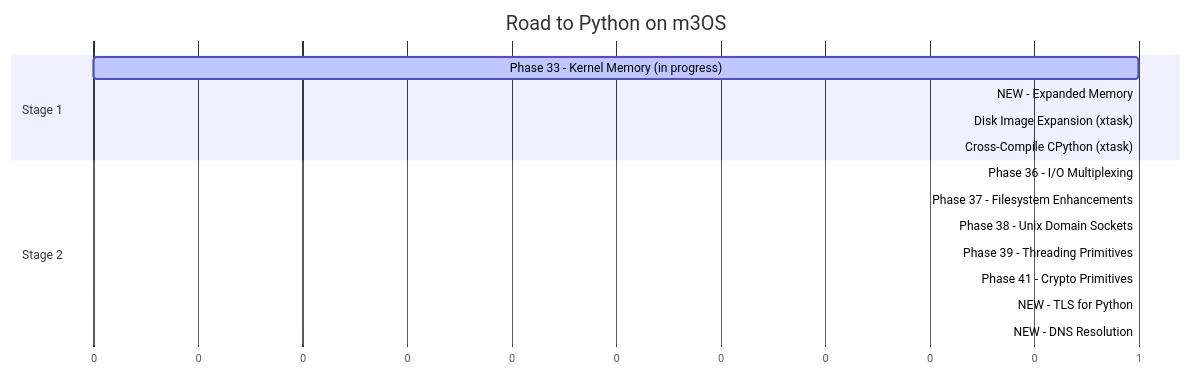
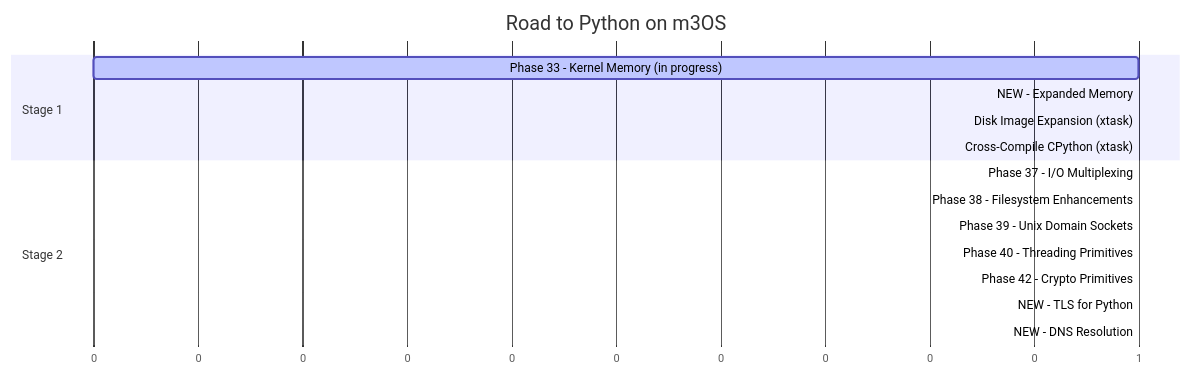
One commit to mikecubed/m3OS changed the fifth of 5 diagrams in docs/python-roadmap.md. Above: the diagram before and after it, drawn with Mermaid. The commit also changed other lines of this file and 34 other files, not shown here.

````diff
--- a/docs/python-roadmap.md
+++ b/docs/python-roadmap.md
@@ -447,21 +447,21 @@
 ```mermaid
 gantt
     title Road to Python on m3OS
     dateFormat X
     axisFormat %s
 
     section Stage 1
     Phase 33 - Kernel Memory (in progress)     :active, p33, 0, 1
     NEW - Expanded Memory                      :crit, em, after p33, 1
     Disk Image Expansion (xtask)               :di, after em, 1
     Cross-Compile CPython (xtask)              :cc, after di, 1
 
     section Stage 2
-    Phase 36 - I/O Multiplexing                :p36, after cc, 1
-    Phase 37 - Filesystem Enhancements         :p37, after cc, 1
-    Phase 38 - Unix Domain Sockets             :p38, after p37, 1
-    Phase 39 - Threading Primitives            :p39, after cc, 1
-    Phase 41 - Crypto Primitives               :p41, after cc, 1
+    Phase 37 - I/O Multiplexing                :p36, after cc, 1
+    Phase 38 - Filesystem Enhancements         :p37, after cc, 1
+    Phase 39 - Unix Domain Sockets             :p38, after p37, 1
+    Phase 40 - Threading Primitives            :p39, after cc, 1
+    Phase 42 - Crypto Primitives               :p41, after cc, 1
     NEW - TLS for Python                       :crit, tls, after p41, 1
     NEW - DNS Resolution                       :crit, dns, after tls, 1
 ```
````
